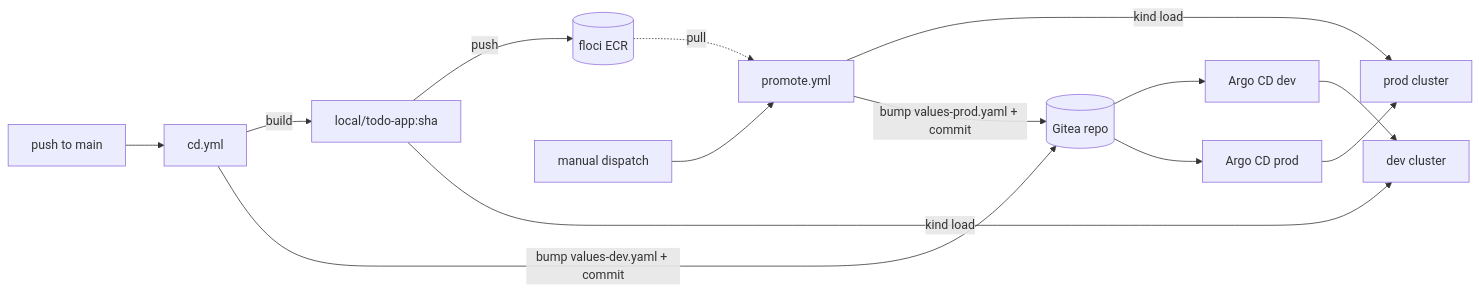
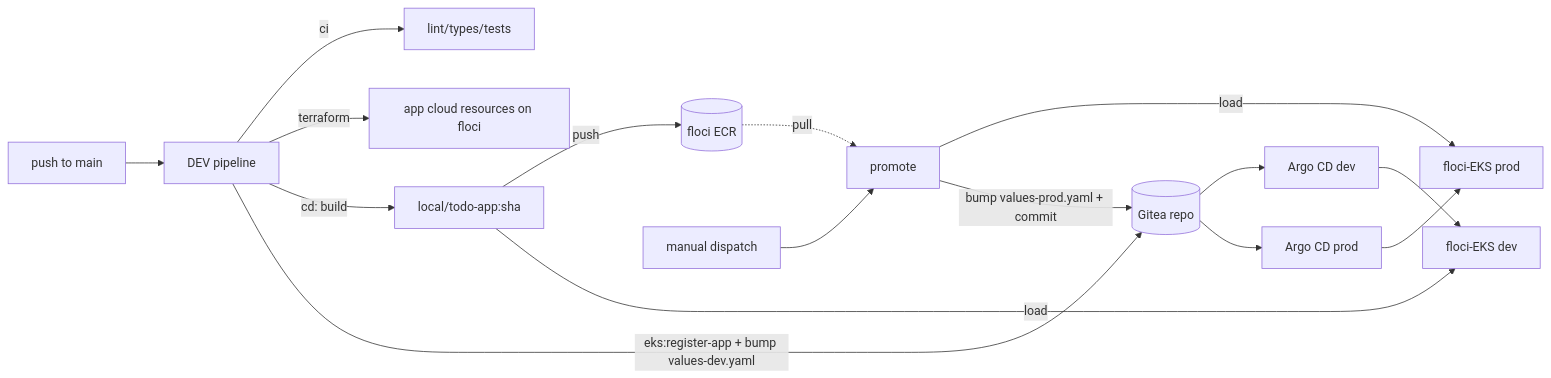
One commit to cjgalvisc96/local-gitops changed the diagram in docs/cicd.md. Above: the diagram before and after it, drawn with Mermaid. The commit also changed other lines of this file and 22 other files, not shown here.

````diff
--- a/docs/cicd.md
+++ b/docs/cicd.md
@@ -26,14 +29,16 @@
 ```mermaid
 flowchart LR
-  push[push to main] --> cd[cd.yml]
-  cd -->|build| img[local/todo-app:sha]
+  push[push to main] --> dev[DEV pipeline]
+  dev -->|ci| q[lint/types/tests]
+  dev -->|terraform| tf[app cloud resources on floci]
+  dev -->|cd: build| img[local/todo-app:sha]
   img -->|push| ecr[(floci ECR)]
-  img -->|kind load| devc[dev cluster]
-  cd -->|bump values-dev.yaml + commit| repo[(Gitea repo)]
+  img -->|load| devc[floci-EKS dev]
+  dev -->|eks:register-app + bump values-dev.yaml| repo[(Gitea repo)]
   repo --> argod[Argo CD dev] --> devc
-  disp[manual dispatch] --> prom[promote.yml]
+  disp[manual dispatch] --> prom[promote]
   ecr -.pull.-> prom
-  prom -->|kind load| prodc[prod cluster]
+  prom -->|load| prodc[floci-EKS prod]
   prom -->|bump values-prod.yaml + commit| repo
   repo --> argop[Argo CD prod] --> prodc
 ```
````
